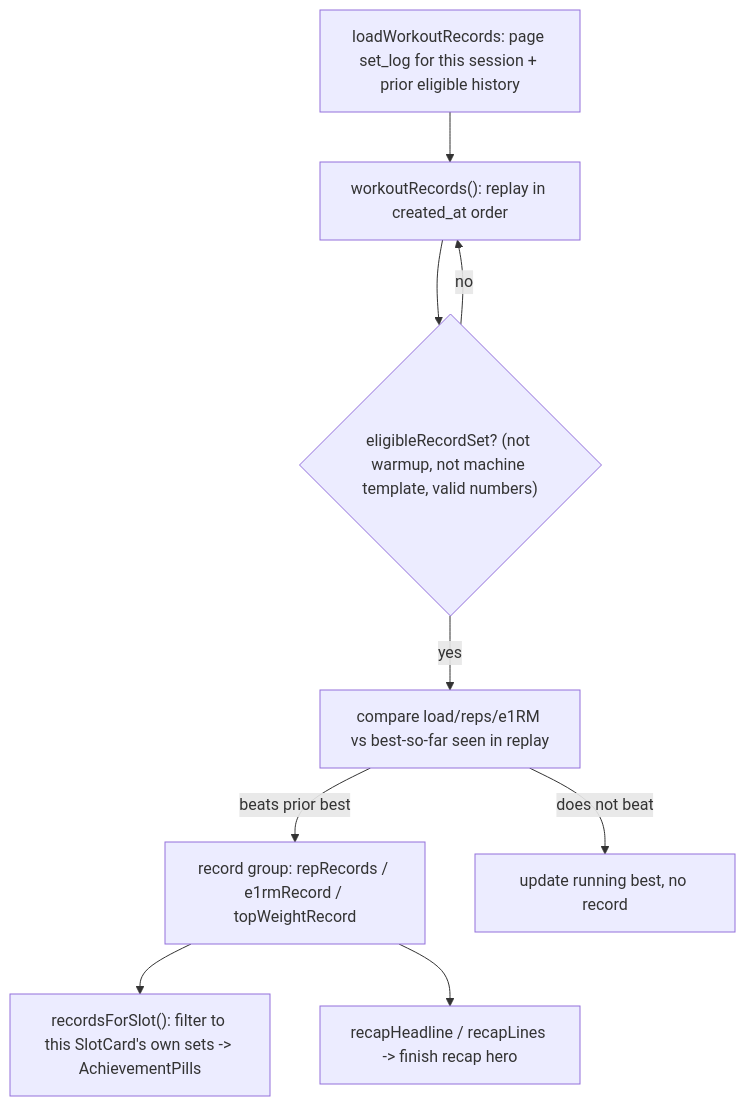
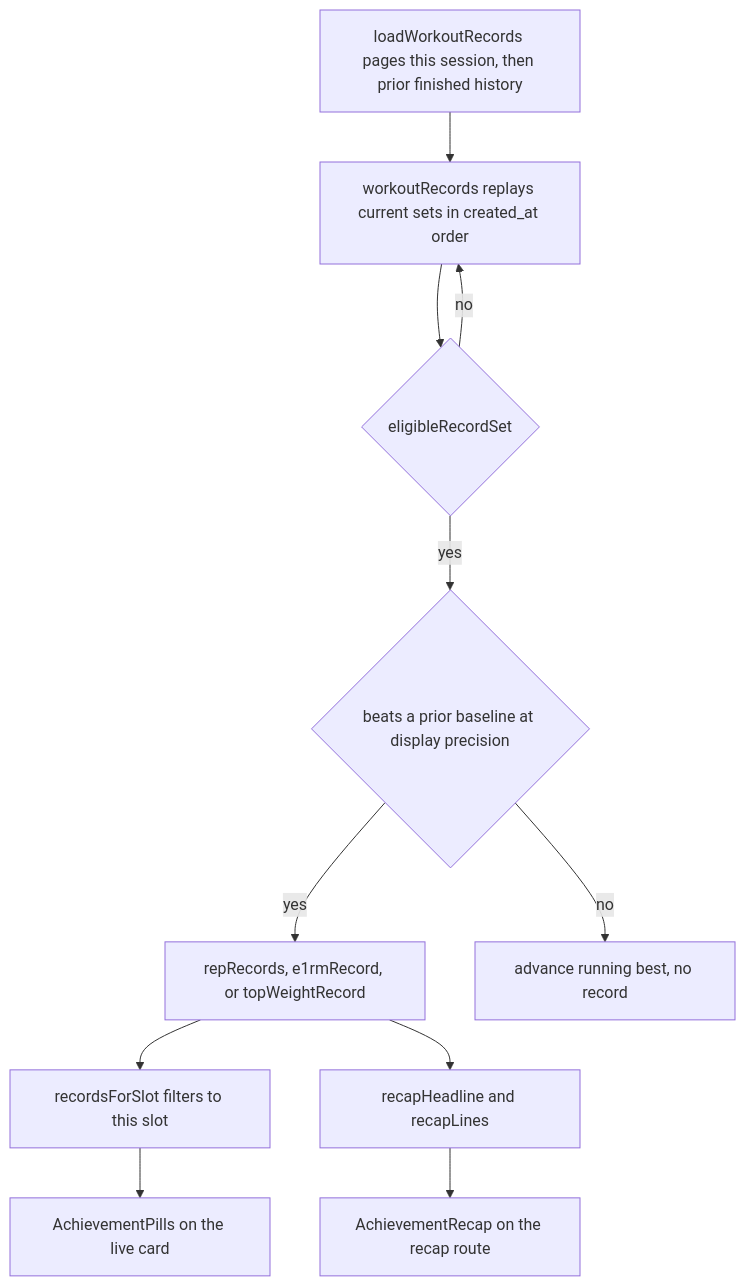
The third of 4 diagrams in openwiki/workflows/workout-session-lifecycle.md (jms-dcksn/lifting-app), drawn with Mermaid before and after one commit. The commit also changed other lines of this file and 40 other files, not shown here.

````diff
--- a/openwiki/workflows/workout-session-lifecycle.md
+++ b/openwiki/workflows/workout-session-lifecycle.md
@@ -286,11 +408,13 @@
 ```mermaid
 flowchart TD
-    A["loadWorkoutRecords: page set_log for this session + prior eligible history"] --> B["workoutRecords(): replay in created_at order"]
-    B --> C{"eligibleRecordSet? (not warmup, not machine template, valid numbers)"}
+    A["loadWorkoutRecords pages this session, then prior finished history"] --> B["workoutRecords replays current sets in created_at order"]
+    B --> C{"eligibleRecordSet"}
     C -->|no| B
-    C -->|yes| D["compare load/reps/e1RM vs best-so-far seen in replay"]
-    D -->|beats prior best| E["record group: repRecords / e1rmRecord / topWeightRecord"]
-    D -->|does not beat| F["update running best, no record"]
-    E --> G["recordsForSlot(): filter to this SlotCard's own sets -> AchievementPills"]
-    E --> H["recapHeadline / recapLines -> finish recap hero"]
+    C -->|yes| D{"beats a prior baseline at display precision"}
+    D -->|yes| E["repRecords, e1rmRecord, or topWeightRecord"]
+    D -->|no| F["advance running best, no record"]
+    E --> G["recordsForSlot filters to this slot"]
+    G --> H["AchievementPills on the live card"]
+    E --> I["recapHeadline and recapLines"]
+    I --> J["AchievementRecap on the recap route"]
 ```
````
